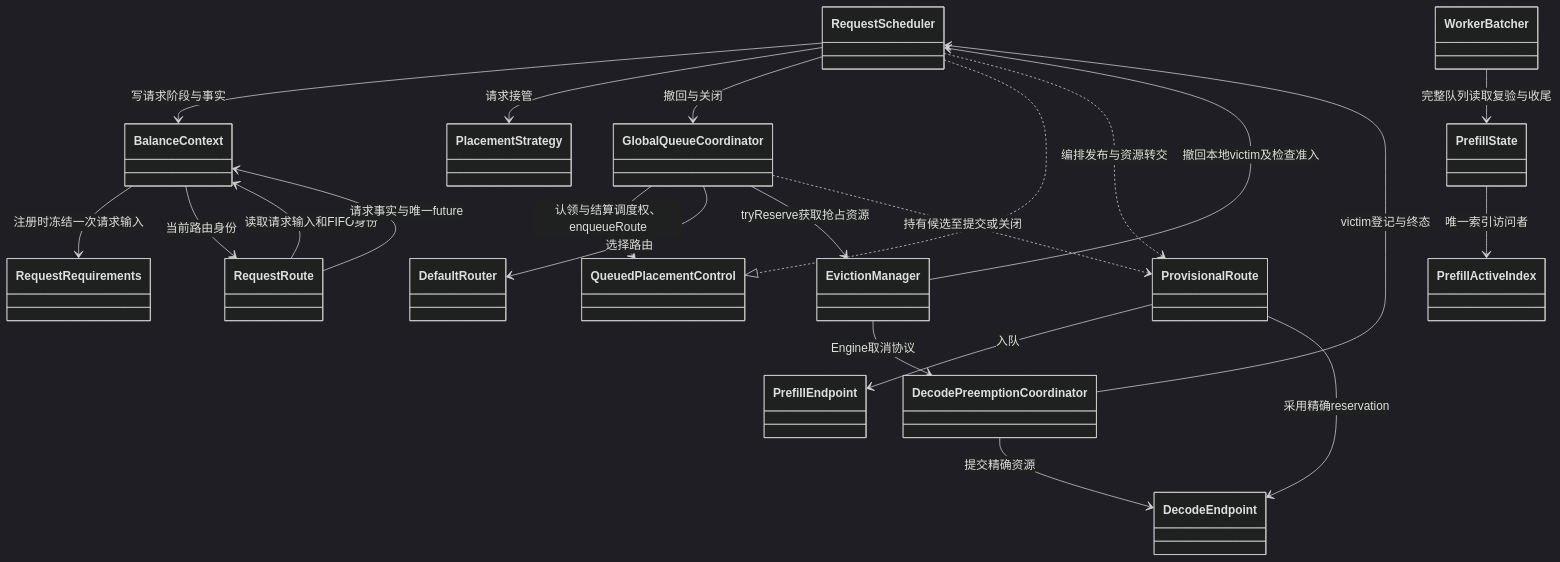
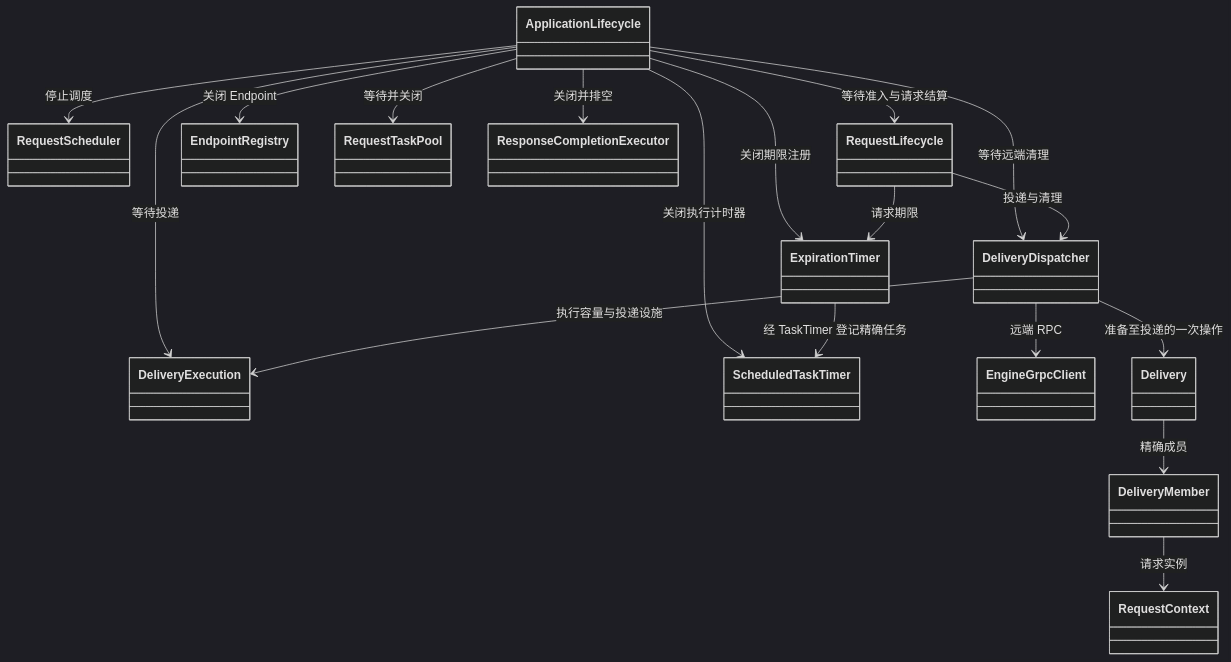
Before and after one commit to alibaba/rtp-llm: the second of 2 diagrams in rtp_llm/flexlb/docs/current-class-diagram.md, drawn with Mermaid (dark theme). The commit also changed other lines of this file and 311 other files, not shown here.

````diff
--- a/rtp_llm/flexlb/docs/current-class-diagram.md
+++ b/rtp_llm/flexlb/docs/current-class-diagram.md
@@ -339,24 +68,20 @@
 ```mermaid
 classDiagram
-    RequestScheduler --> BalanceContext : 写请求阶段与事实
-    RequestScheduler --> PlacementStrategy : 请求接管
-    RequestScheduler --> GlobalQueueCoordinator : 撤回与关闭
-    GlobalQueueCoordinator --> QueuedPlacementControl : 认领与结算调度权、enqueueRoute
-    RequestScheduler ..|> QueuedPlacementControl
-    GlobalQueueCoordinator --> DefaultRouter : 选择路由
-    GlobalQueueCoordinator --> EvictionManager : tryReserve获取抢占资源
-    GlobalQueueCoordinator ..> ProvisionalRoute : 持有候选至提交或关闭
-    EvictionManager --> RequestScheduler : 撤回本地victim及检查准入
-    EvictionManager --> DecodePreemptionCoordinator : Engine取消协议
-    DecodePreemptionCoordinator --> RequestScheduler : victim登记与终态
-    DecodePreemptionCoordinator --> DecodeEndpoint : 提交精确资源
-    RequestScheduler ..> ProvisionalRoute : 编排发布与资源转交
-    ProvisionalRoute --> PrefillEndpoint : 入队
-    ProvisionalRoute --> DecodeEndpoint : 采用精确reservation
-    BalanceContext --> RequestRequirements : 注册时冻结一次请求输入
-    RequestRoute --> BalanceContext : 读取请求输入和FIFO身份
-    WorkerBatcher --> PrefillState : 完整队列读取复验与收尾
-    PrefillState --> PrefillActiveIndex : 唯一索引访问者
-    BalanceContext --> RequestRoute : 当前路由身份
-    RequestRoute --> BalanceContext : 请求事实与唯一future
+    ApplicationLifecycle --> RequestScheduler : 停止调度
+    ApplicationLifecycle --> RequestLifecycle : 等待准入与请求结算
+    ApplicationLifecycle --> EndpointRegistry : 关闭 Endpoint
+    ApplicationLifecycle --> DeliveryExecution : 等待投递
+    DeliveryDispatcher --> DeliveryExecution : 执行容量与投递设施
+    ApplicationLifecycle --> RequestTaskPool : 等待并关闭
+    ApplicationLifecycle --> ResponseCompletionExecutor : 关闭并排空
+    ApplicationLifecycle --> ExpirationTimer : 关闭期限注册
+    ApplicationLifecycle --> ScheduledTaskTimer : 关闭执行计时器
+    ApplicationLifecycle --> DeliveryDispatcher : 等待远端清理
+    RequestLifecycle --> ExpirationTimer : 请求期限
+    ExpirationTimer --> ScheduledTaskTimer : 经 TaskTimer 登记精确任务
+    RequestLifecycle --> DeliveryDispatcher : 投递与清理
+    DeliveryDispatcher --> EngineGrpcClient : 远端 RPC
+    DeliveryDispatcher --> Delivery : 准备至投递的一次操作
+    Delivery --> DeliveryMember : 精确成员
+    DeliveryMember --> RequestContext : 请求实例
 ```
````
